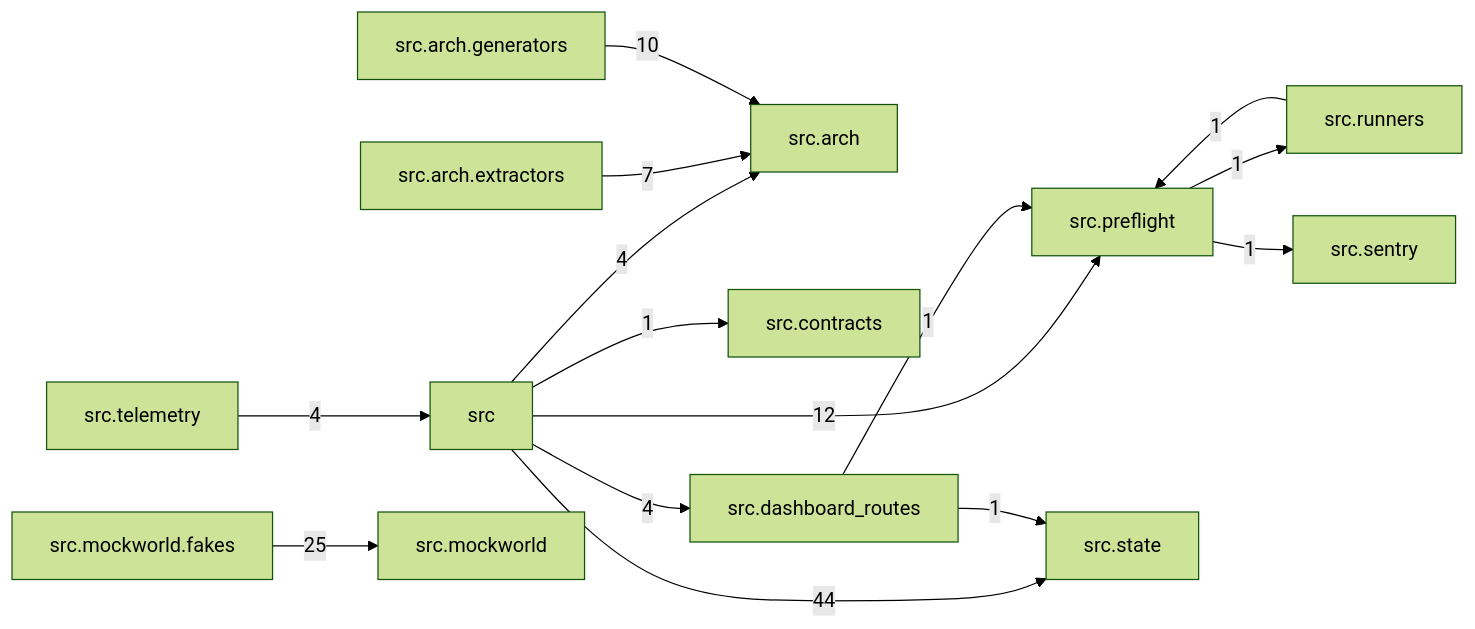
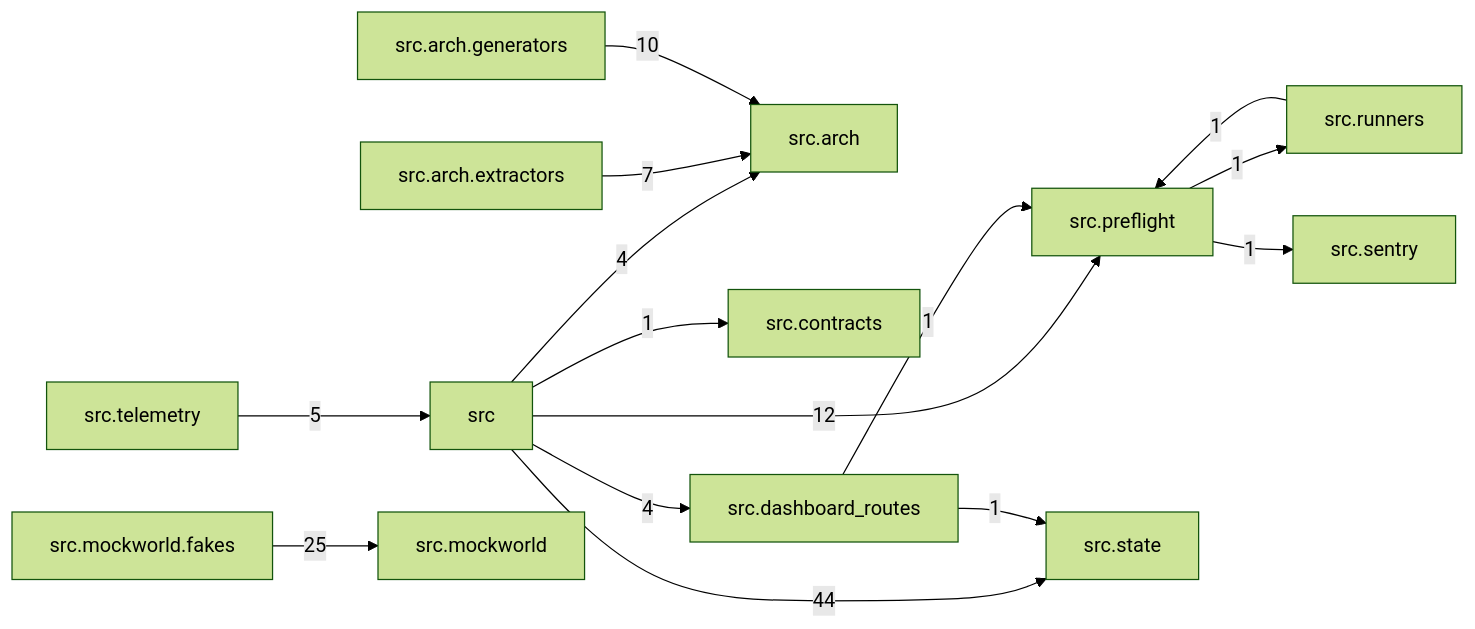
Before and after one commit to T-rav/hyrdaflow: the diagram in docs/arch/generated/modules.md, drawn with Mermaid (forest theme). The commit also changed other lines of this file and 11 other files, not shown here.

````diff
--- a/docs/arch/generated/modules.md
+++ b/docs/arch/generated/modules.md
@@ -7,30 +7,30 @@
 ```mermaid
 graph LR
     src["src"]
     src_arch["src.arch"]
     src_arch_extractors["src.arch.extractors"]
     src_arch_generators["src.arch.generators"]
     src_contracts["src.contracts"]
     src_dashboard_routes["src.dashboard_routes"]
     src_mockworld["src.mockworld"]
     src_mockworld_fakes["src.mockworld.fakes"]
     src_preflight["src.preflight"]
     src_runners["src.runners"]
     src_sentry["src.sentry"]
     src_state["src.state"]
     src_telemetry["src.telemetry"]
     src -- "4" --> src_arch
     src -- "1" --> src_contracts
     src -- "4" --> src_dashboard_routes
     src -- "12" --> src_preflight
     src -- "44" --> src_state
     src_arch_extractors -- "7" --> src_arch
     src_arch_generators -- "10" --> src_arch
     src_dashboard_routes -- "1" --> src_preflight
     src_dashboard_routes -- "1" --> src_state
     src_mockworld_fakes -- "25" --> src_mockworld
     src_preflight -- "1" --> src_runners
     src_preflight -- "1" --> src_sentry
     src_runners -- "1" --> src_preflight
-    src_telemetry -- "4" --> src
+    src_telemetry -- "5" --> src
 ```
````
